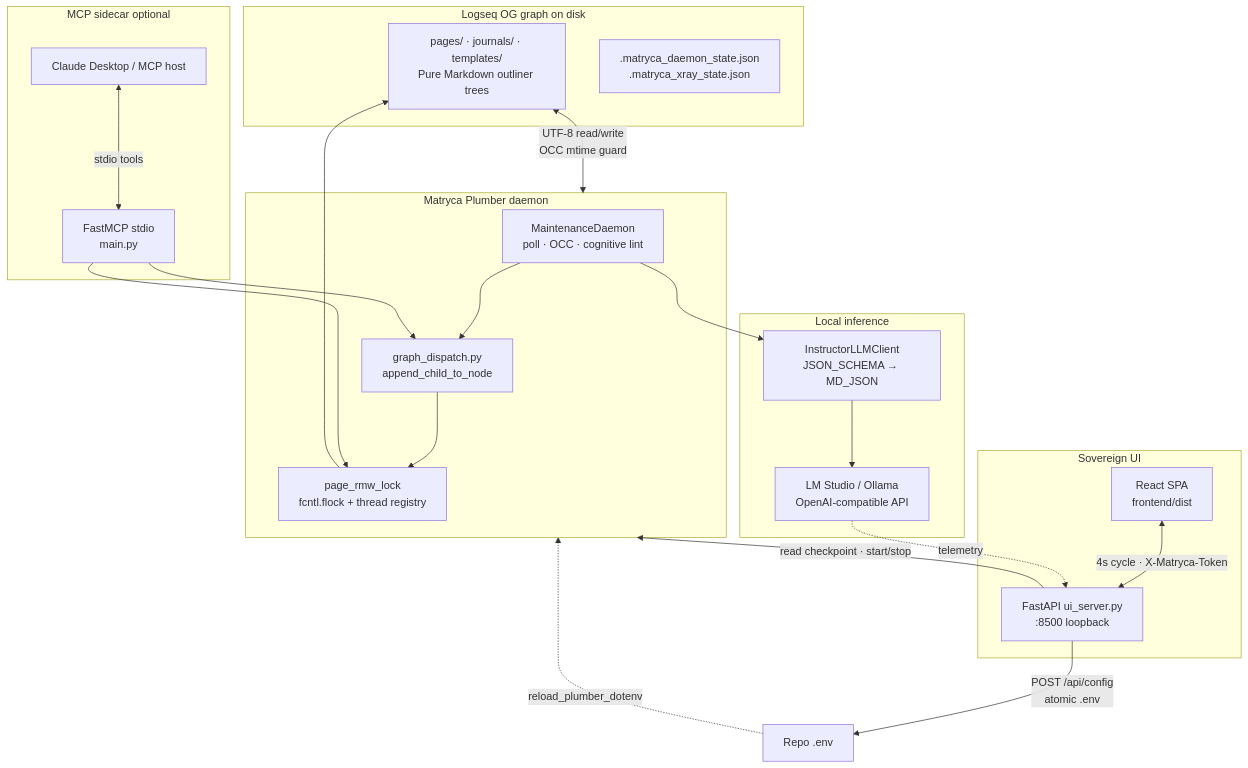
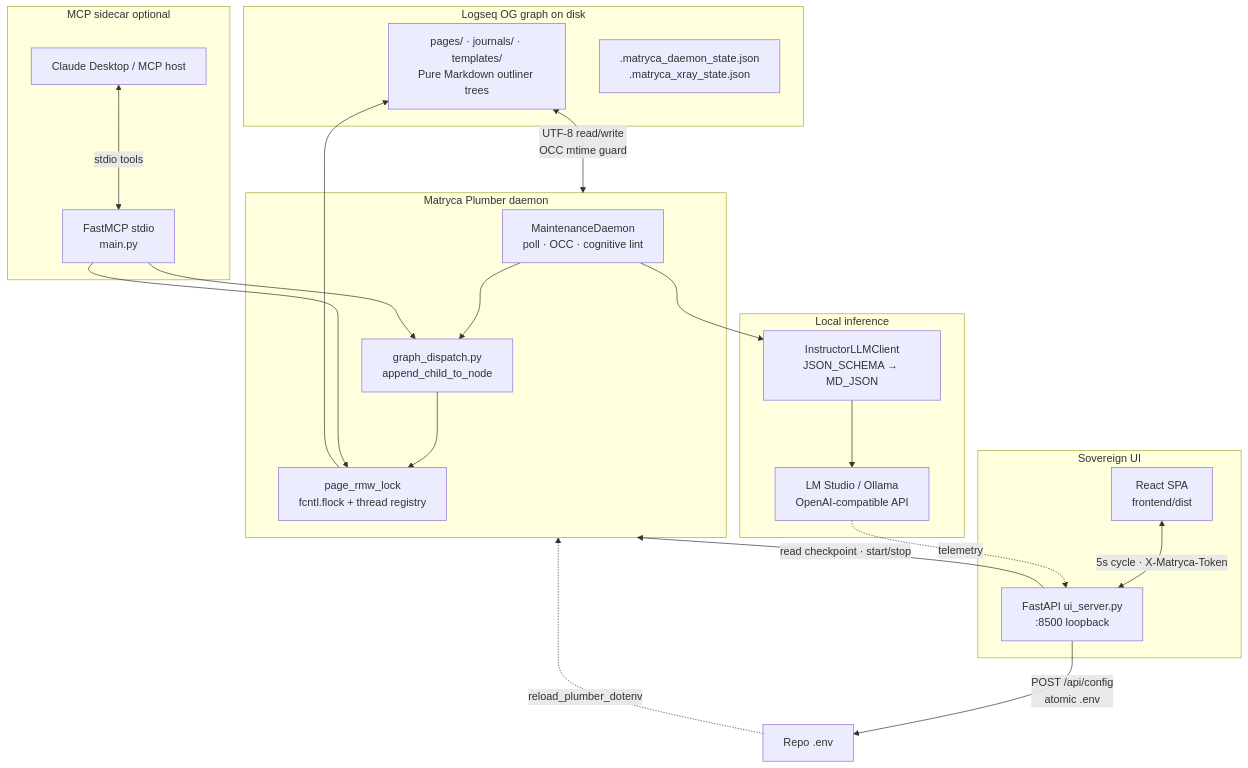
One commit to blackwolf225/matryca-plumber changed the first of 6 diagrams in docs/ARCHITECTURE.md. Above: the diagram before and after it, drawn with Mermaid. The commit also changed other lines of this file and 24 other files, not shown here.

````diff
--- a/docs/ARCHITECTURE.md
+++ b/docs/ARCHITECTURE.md
@@ -124,43 +126,43 @@
 ```mermaid
 graph TD
   subgraph graph["Logseq OG graph on disk"]
     MD["pages/ · journals/ · templates/\nPure Markdown outliner trees"]
     LEDGER[".matryca_daemon_state.json\n.matryca_xray_state.json"]
   end
 
   subgraph daemon["Matryca Plumber daemon"]
     MD_POLL["MaintenanceDaemon\npoll · OCC · cognitive lint"]
     GD["graph_dispatch.py\nappend_child_to_node"]
     LOCK["page_rmw_lock\nfcntl.flock + thread registry"]
     MD_POLL --> GD
     GD --> LOCK
     LOCK --> MD
   end
 
   subgraph llm["Local inference"]
     LM["LM Studio / Ollama\nOpenAI-compatible API"]
     INST["InstructorLLMClient\nJSON_SCHEMA → MD_JSON"]
     MD_POLL --> INST
     INST --> LM
   end
 
   subgraph ui["Sovereign UI"]
     REACT["React SPA\nfrontend/dist"]
     API["FastAPI ui_server.py\n:8500 loopback"]
-    REACT <-->|"4s cycle · X-Matryca-Token"| API
+    REACT <-->|"5s cycle · X-Matryca-Token"| API
   end
 
   subgraph mcp["MCP sidecar optional"]
     HOST["Claude Desktop / MCP host"]
     FMCP["FastMCP stdio\nmain.py"]
     HOST <-->|"stdio tools"| FMCP
   end
 
   MD <-->|"UTF-8 read/write\nOCC mtime guard"| daemon
   API -->|"read checkpoint · start/stop"| daemon
   FMCP --> GD
   FMCP --> LOCK
   API -->|"POST /api/config\natomic .env"| ENV["Repo .env"]
   ENV -.->|"reload_plumber_dotenv"| daemon
   LM -.->|"telemetry"| API
 ```
````
